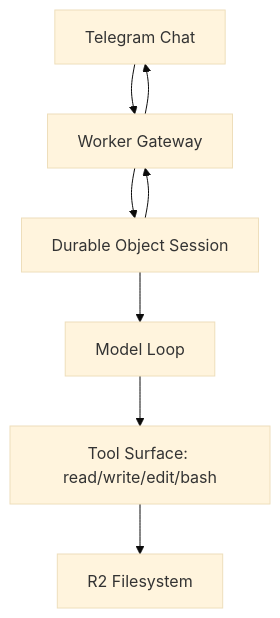
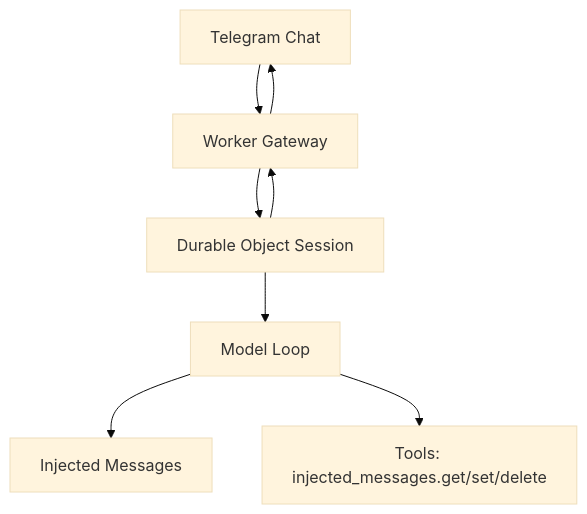
Before and after one commit to drevantonder/dreclaw: the diagram in README.md, drawn with Mermaid (base theme). The commit also changed other lines of this file and 19 other files, not shown here.

Commit message:
refactor(core): replace filesystem abstraction with injected message runtime

````diff
--- a/README.md
+++ b/README.md
@@ -19,9 +15,9 @@
 ```mermaid
 flowchart TD
   U[Telegram Chat] --> W[Worker Gateway]
   W --> DO[Durable Object Session]
   DO --> M[Model Loop]
-  M --> T[Tool Surface: read/write/edit/bash]
-  T --> FS[R2 Filesystem]
+  M --> IM[Injected Messages]
+  M --> T[Tools: injected_messages.get/set/delete]
   DO --> W --> U
 ```
````
